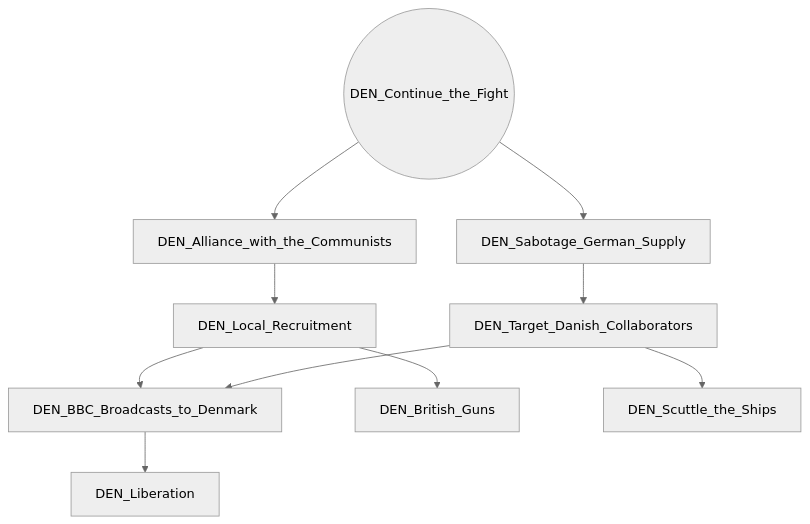
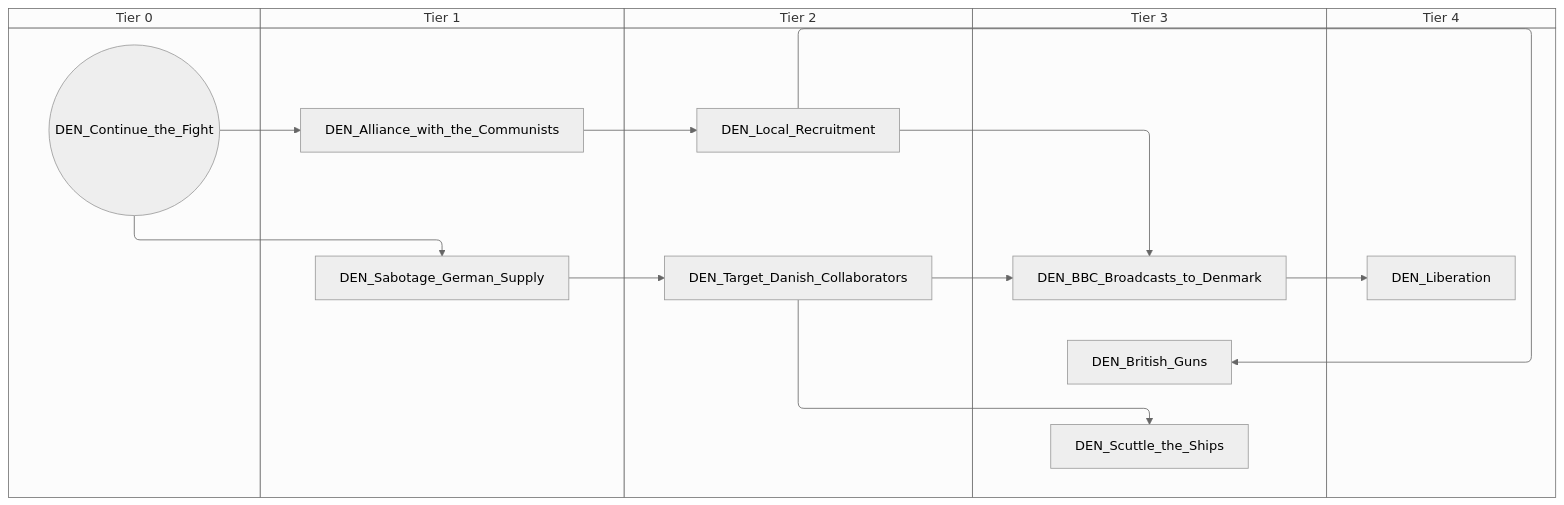
Before and after one commit to evgeny-sobol/hoi4-sandbox-mode-r56: the second of 4 diagrams in docs/gdd/National Focuses/r56_denmark.md, drawn with Mermaid (neutral theme). The commit also changed other lines of this file and 423 other files, not shown here.

First line of the commit message:
Re-export Rt56 focus trees as swimlane diagrams

````diff
--- a/docs/gdd/National Focuses/r56_denmark.md
+++ b/docs/gdd/National Focuses/r56_denmark.md
@@ -296,21 +320,31 @@
 ```mermaid
-flowchart TD
-    n109["DEN_Alliance_with_the_Communists"]
-    n110["DEN_BBC_Broadcasts_to_Denmark"]
-    n111["DEN_British_Guns"]
-    n112(("DEN_Continue_the_Fight"))
-    n113["DEN_Liberation"]
-    n114["DEN_Local_Recruitment"]
-    n115["DEN_Sabotage_German_Supply"]
-    n116["DEN_Scuttle_the_Ships"]
-    n117["DEN_Target_Danish_Collaborators"]
-    n112 --> n109
-    n114 --> n110
-    n117 --> n110
-    n114 --> n111
-    n110 --> n113
-    n109 --> n114
+swimlane-beta TD
+    subgraph tier_0["Tier 0"]
+        n109(("DEN_Continue_the_Fight"))
+    end
+    subgraph tier_1["Tier 1"]
+        n110["DEN_Alliance_with_the_Communists"]
+        n111["DEN_Sabotage_German_Supply"]
+    end
+    subgraph tier_2["Tier 2"]
+        n112["DEN_Local_Recruitment"]
+        n113["DEN_Target_Danish_Collaborators"]
+    end
+    subgraph tier_3["Tier 3"]
+        n114["DEN_BBC_Broadcasts_to_Denmark"]
+        n115["DEN_British_Guns"]
+        n116["DEN_Scuttle_the_Ships"]
+    end
+    subgraph tier_4["Tier 4"]
+        n117["DEN_Liberation"]
+    end
+    n109 --> n110
+    n112 --> n114
+    n113 --> n114
     n112 --> n115
-    n117 --> n116
-    n115 --> n117
+    n114 --> n117
+    n110 --> n112
+    n109 --> n111
+    n113 --> n116
+    n111 --> n113
 ```
````
